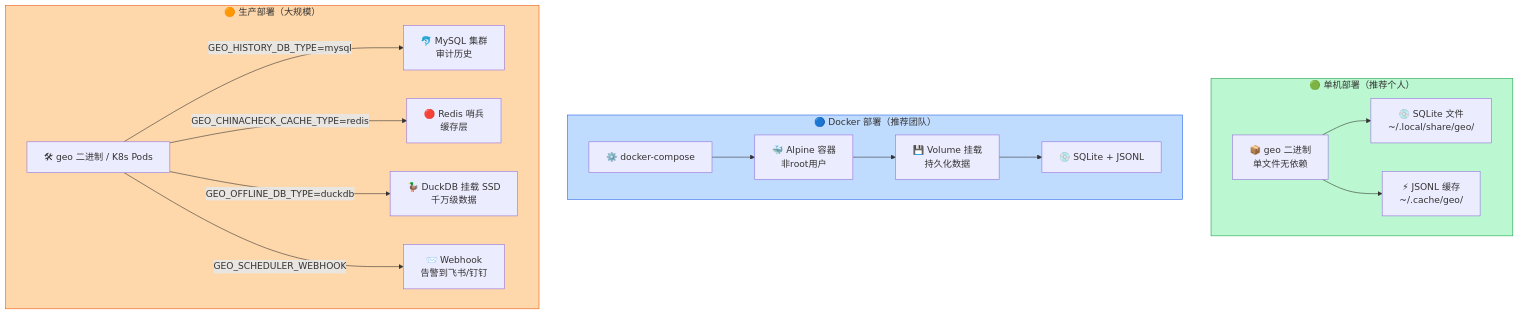
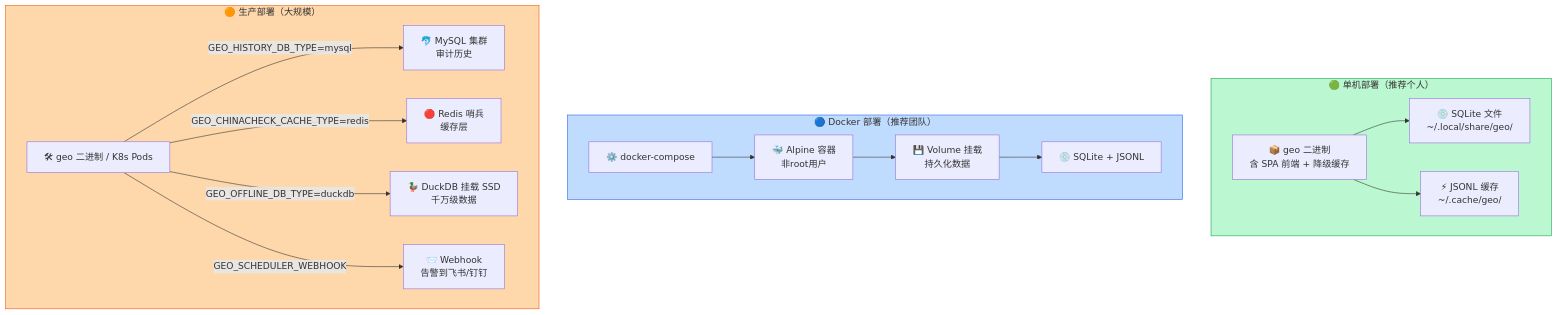
Diagram 30 of 31 in docs/architecture.md (deep2code/geo), drawn with Mermaid before and after one commit. The commit also changed other lines of this file and 29 other files, not shown here.

````diff
--- a/docs/architecture.md
+++ b/docs/architecture.md
@@ -803,29 +828,29 @@
 ```mermaid
 graph TB
     subgraph 单机["🟢 单机部署（推荐个人）"]
         direction LR
-        BIN["📦 geo 二进制<br/>单文件无依赖"]
+        BIN["📦 geo 二进制<br/>含 SPA 前端 + 降级缓存"]
         BIN --> SQL["💿 SQLite 文件<br/>~/.local/share/geo/"]
         BIN --> JL["⚡ JSONL 缓存<br/>~/.cache/geo/"]
     end
 
     subgraph Docker["🔵 Docker 部署（推荐团队）"]
         DC["⚙️ docker-compose"]
         DC --> C["🐳 Alpine 容器<br/>非root用户"]
         C --> V["💾 Volume 挂载<br/>持久化数据"]
         V --> SQL2["💿 SQLite + JSONL"]
     end
 
     subgraph 生产["🟠 生产部署（大规模）"]
         direction LR
         BIN2["🛠 geo 二进制 / K8s Pods"]
         BIN2 --"GEO_HISTORY_DB_TYPE=mysql"--> MYSQL["🐬 MySQL 集群<br/>审计历史"]
         BIN2 --"GEO_CHINACHECK_CACHE_TYPE=redis"--> REDIS["🔴 Redis 哨兵<br/>缓存层"]
         BIN2 --"GEO_OFFLINE_DB_TYPE=duckdb"--> DUCK["🦆 DuckDB 挂载 SSD<br/>千万级数据"]
         BIN2 --"GEO_SCHEDULER_WEBHOOK"--> WEB["📨 Webhook<br/>告警到飞书/钉钉"]
     end
 
     style 单机 fill:#bbf7d0,stroke:#16a34a
     style Docker fill:#bfdbfe,stroke:#2563eb
     style 生产 fill:#fed7aa,stroke:#ea580c
 ```
````
